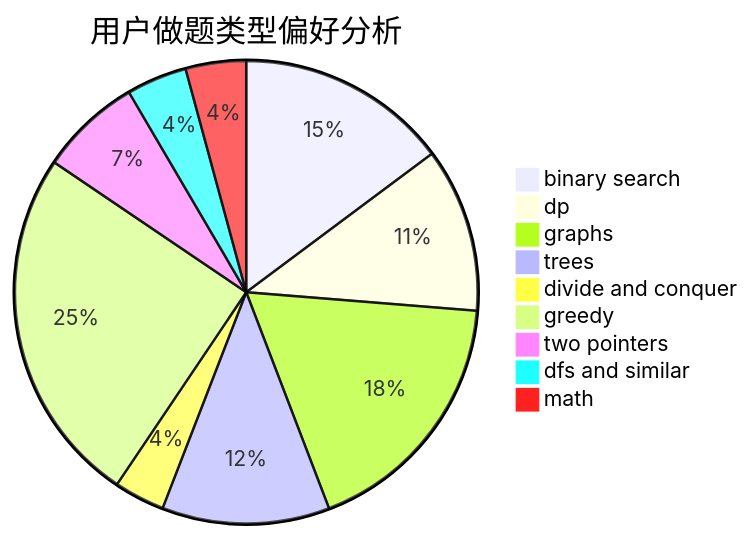
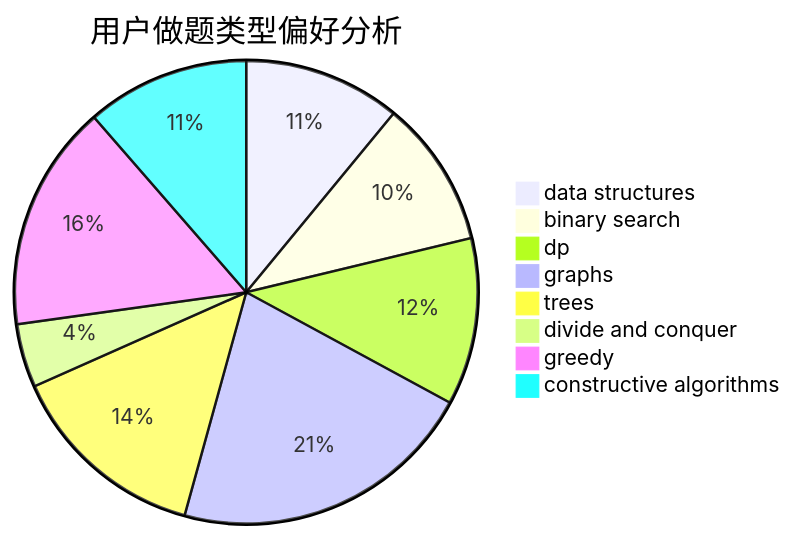
The second of 3 diagrams in docs/user/u283.md (sherpahu/cfrs.github.io), drawn with Mermaid before and after one commit. The commit also changed other lines of this file and 2775 other files, not shown here.

````diff
--- a/docs/user/u283.md
+++ b/docs/user/u283.md
@@ -23,12 +23,11 @@
 ```mermaid
 pie title 用户做题类型偏好分析
-    "binary search" :  263
-    "dp" :  204
-    "graphs" :  318
-    "trees" :  208
+    "data structures" :  156
+    "binary search" :  146
+    "dp" :  166
+    "graphs" :  304
+    "trees" :  200
     "divide and conquer" :  63
-    "greedy" :  445
-    "two pointers" :  126
-    "dfs and similar" :  75
-    "math" :  75
+    "greedy" :  225
+    "constructive algorithms" :  162
 ```
````
